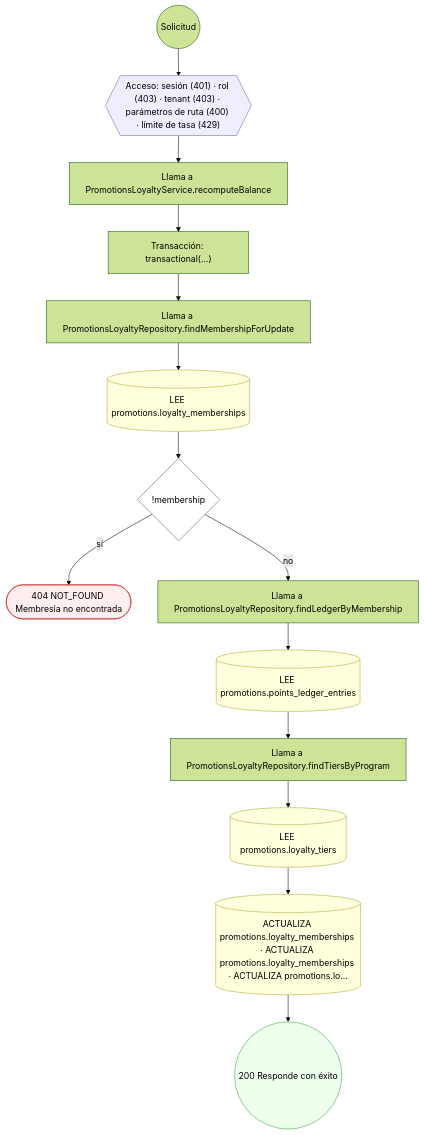
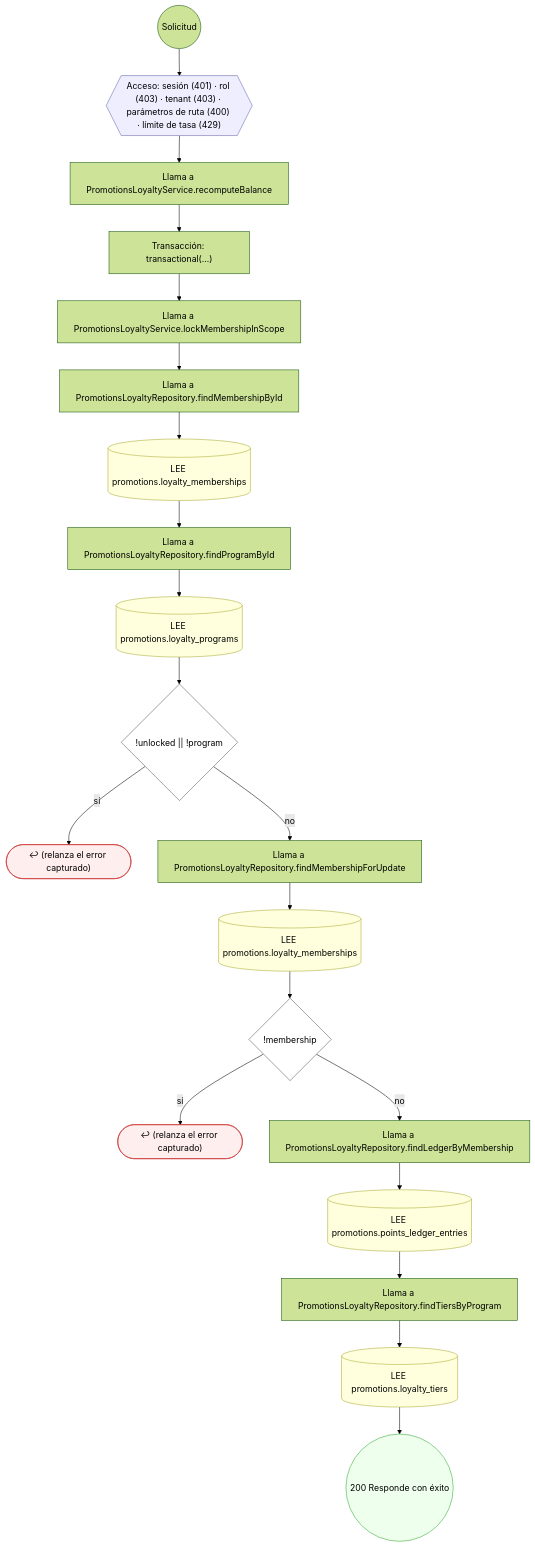
Before and after one commit to mdavila-2001/mantra-core-health-api: the tenth of 20 diagrams in docs/inventario/flujos/promotions.md, drawn with Mermaid (forest theme). The commit also changed other lines of this file and 438 other files, not shown here.

````diff
--- a/docs/inventario/flujos/promotions.md
+++ b/docs/inventario/flujos/promotions.md
@@ -939,36 +997,48 @@
 ```mermaid
 flowchart TD
   n1(("Solicitud")):::inicio
   n2{{"Acceso: sesión (401) · rol (403) · tenant (403) · parámetros de ruta (400) · límite de tasa (429)"}}:::acceso
   n1 --> n2
   n3["Llama a PromotionsLoyaltyService.recomputeBalance"]:::llamada
   n2 --> n3
   n4["Transacción: transactional(…)"]:::transaccion
   n3 --> n4
-  n5["Llama a PromotionsLoyaltyRepository.findMembershipForUpdate"]:::llamada
+  n5["Llama a PromotionsLoyaltyService.lockMembershipInScope"]:::llamada
   n4 --> n5
-  n6[("LEE promotions.loyalty_memberships")]:::efecto
+  n6["Llama a PromotionsLoyaltyRepository.findMembershipById"]:::llamada
   n5 --> n6
-  n7{"!membership"}:::decision
+  n7[("LEE promotions.loyalty_memberships")]:::efecto
   n6 --> n7
-  n8(["404 NOT_FOUND Membresía no encontrada"]):::error
-  n7 -->|"sí"| n8
-  n9["Llama a PromotionsLoyaltyRepository.findLedgerByMembership"]:::llamada
-  n7 -->|"no"| n9
-  n10[("LEE promotions.points_ledger_entries")]:::efecto
+  n8["Llama a PromotionsLoyaltyRepository.findProgramById"]:::llamada
+  n7 --> n8
+  n9[("LEE promotions.loyalty_programs")]:::efecto
+  n8 --> n9
+  n10{"!unlocked || !program"}:::decision
   n9 --> n10
-  n11["Llama a PromotionsLoyaltyRepository.findTiersByProgram"]:::llamada
-  n10 --> n11
-  n12[("LEE promotions.loyalty_tiers")]:::efecto
-  n11 --> n12
-  n13[("ACTUALIZA promotions.loyalty_memberships · ACTUALIZA promotions.loyalty_memberships · ACTUALIZA promotions.lo…")]:::efecto
+  n11(["↩ (relanza el error capturado)"]):::error
+  n10 -->|"sí"| n11
+  n12["Llama a PromotionsLoyaltyRepository.findMembershipForUpdate"]:::llamada
+  n10 -->|"no"| n12
+  n13[("LEE promotions.loyalty_memberships")]:::efecto
   n12 --> n13
-  n14(("200 Responde con éxito")):::ok
+  n14{"!membership"}:::decision
   n13 --> n14
+  n15(["↩ (relanza el error capturado)"]):::error
+  n14 -->|"sí"| n15
+  n16["Llama a PromotionsLoyaltyRepository.findLedgerByMembership"]:::llamada
+  n14 -->|"no"| n16
+  n17[("LEE promotions.points_ledger_entries")]:::efecto
+  n16 --> n17
+  n18["Llama a PromotionsLoyaltyRepository.findTiersByProgram"]:::llamada
+  n17 --> n18
+  n19[("LEE promotions.loyalty_tiers")]:::efecto
+  n18 --> n19
+  n20(("200 Responde con éxito")):::ok
+  n19 --> n20
   classDef acceso fill:#eef,stroke:#66a
   classDef error fill:#fee,stroke:#c33
   classDef ok fill:#efe,stroke:#3a3
   classDef efecto fill:#ffd,stroke:#aa3
   classDef decision fill:#fff,stroke:#555
   classDef corte fill:#eee,stroke:#999,stroke-dasharray: 4
 ```
````
